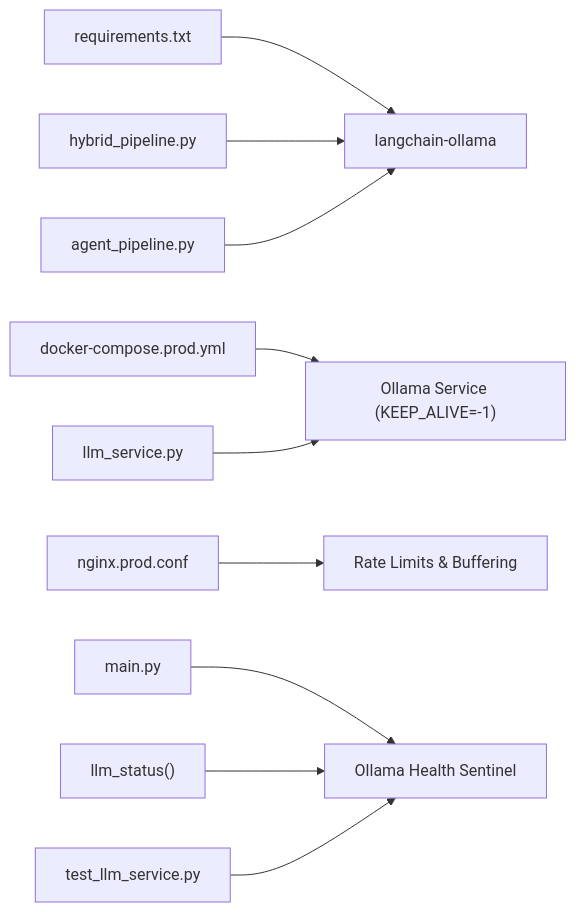
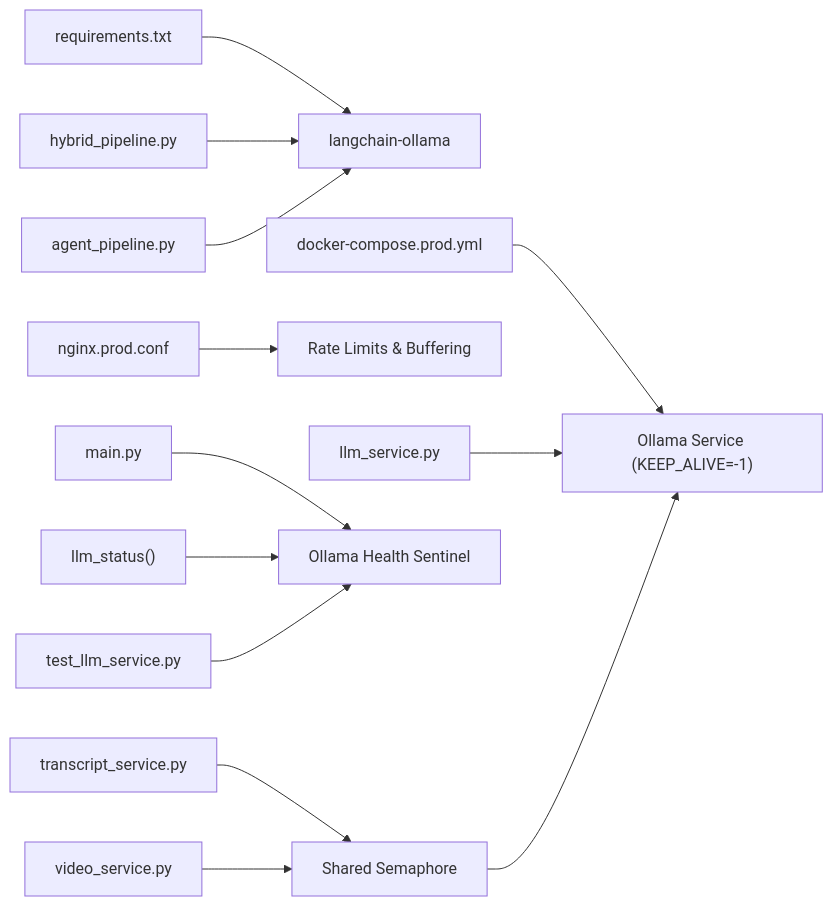
Before and after one commit to Revanththetalogics/aireume: diagram 14 of 14 in .qoder/repowiki/en/content/Analysis Engine/LLM Service Integration.md, drawn with Mermaid. The commit also changed other lines of this file and 6 other files, not shown here.

````diff
--- a/.qoder/repowiki/en/content/Analysis Engine/LLM Service Integration.md
+++ b/.qoder/repowiki/en/content/Analysis Engine/LLM Service Integration.md
@@ -495,12 +632,15 @@
 ```mermaid
 graph LR
 A["requirements.txt"] --> B["langchain-ollama"]
 C["docker-compose.prod.yml"] --> D["Ollama Service (KEEP_ALIVE=-1)"]
 E["nginx.prod.conf"] --> F["Rate Limits & Buffering"]
 G["hybrid_pipeline.py"] --> B
 H["llm_service.py"] --> D
 I["agent_pipeline.py"] --> B
 J["main.py"] --> K["Ollama Health Sentinel"]
 L["llm_status()"] --> K
 M["test_llm_service.py"] --> K
+N["transcript_service.py"] --> O["Shared Semaphore"]
+P["video_service.py"] --> O
+O --> D
 ```
````
